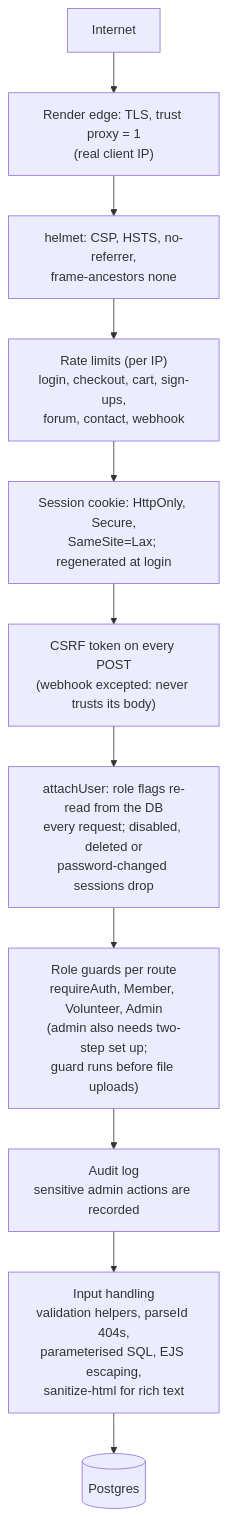
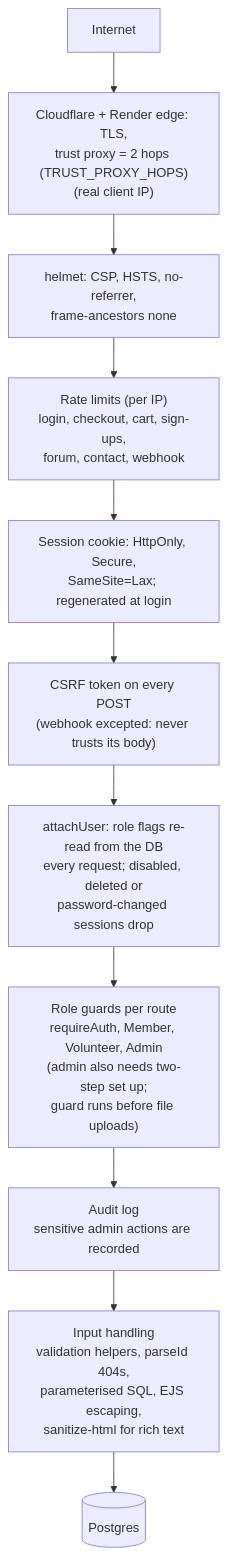
Diagram 15 of 15 in docs/architecture.md (umasbooksadmin/umasbookswebsite), drawn with Mermaid before and after one commit. The commit also changed other lines of this file and 44 other files, not shown here.

First line of the commit message:
Launch safety: real client IPs, launch guards, confirmation links, account purge

````diff
--- a/docs/architecture.md
+++ b/docs/architecture.md
@@ -892,13 +920,13 @@
 ```mermaid
 flowchart TD
-  NET["Internet"] --> TLS["Render edge: TLS, trust proxy = 1<br/>(real client IP)"]
+  NET["Internet"] --> TLS["Cloudflare + Render edge: TLS,<br/>trust proxy = 2 hops (TRUST_PROXY_HOPS)<br/>(real client IP)"]
   TLS --> HL["helmet: CSP, HSTS, no-referrer,<br/>frame-ancestors none"]
   HL --> RL["Rate limits (per IP)<br/>login, checkout, cart, sign-ups,<br/>forum, contact, webhook"]
   RL --> SE["Session cookie: HttpOnly, Secure,<br/>SameSite=Lax; regenerated at login"]
   SE --> CF["CSRF token on every POST<br/>(webhook excepted: never trusts its body)"]
   CF --> AU["attachUser: role flags re-read from the DB<br/>every request; disabled, deleted or<br/>password-changed sessions drop"]
   AU --> RG["Role guards per route<br/>requireAuth, Member, Volunteer, Admin<br/>(admin also needs two-step set up;<br/>guard runs before file uploads)"]
   RG --> AUD["Audit log<br/>sensitive admin actions are recorded"]
   AUD --> VAL["Input handling<br/>validation helpers, parseId 404s,<br/>parameterised SQL, EJS escaping,<br/>sanitize-html for rich text"]
   VAL --> DBX[("Postgres")]
 ```
````
